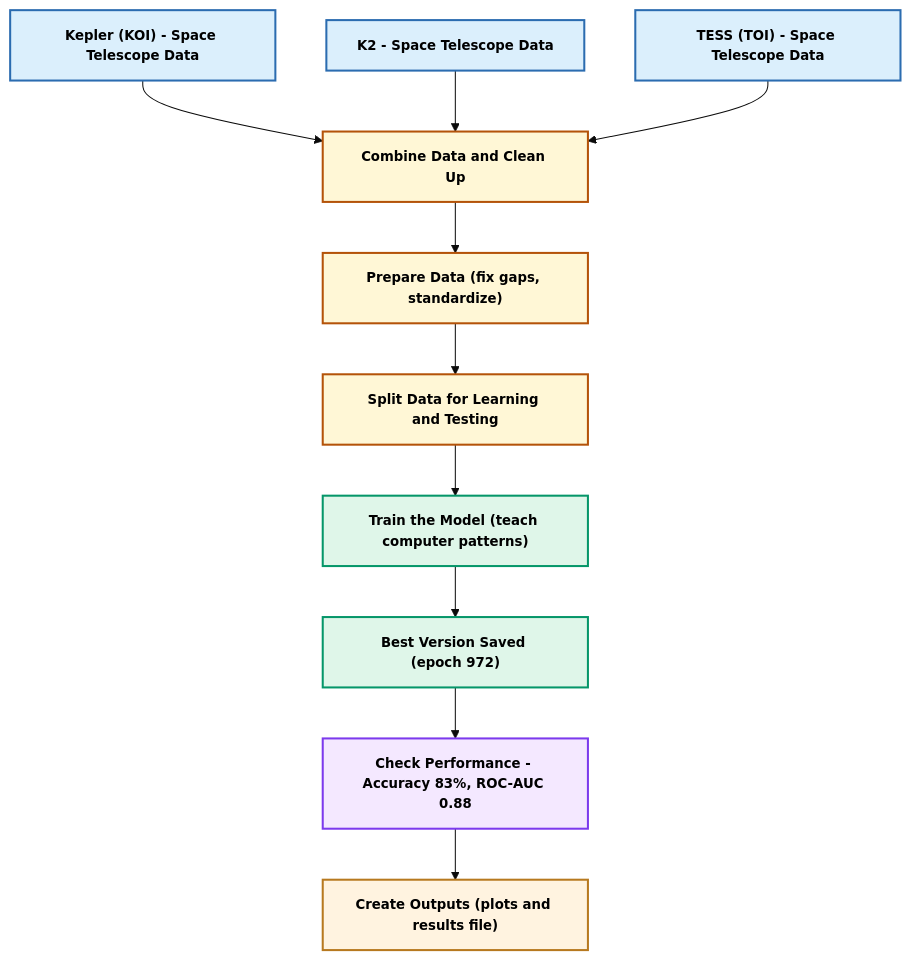
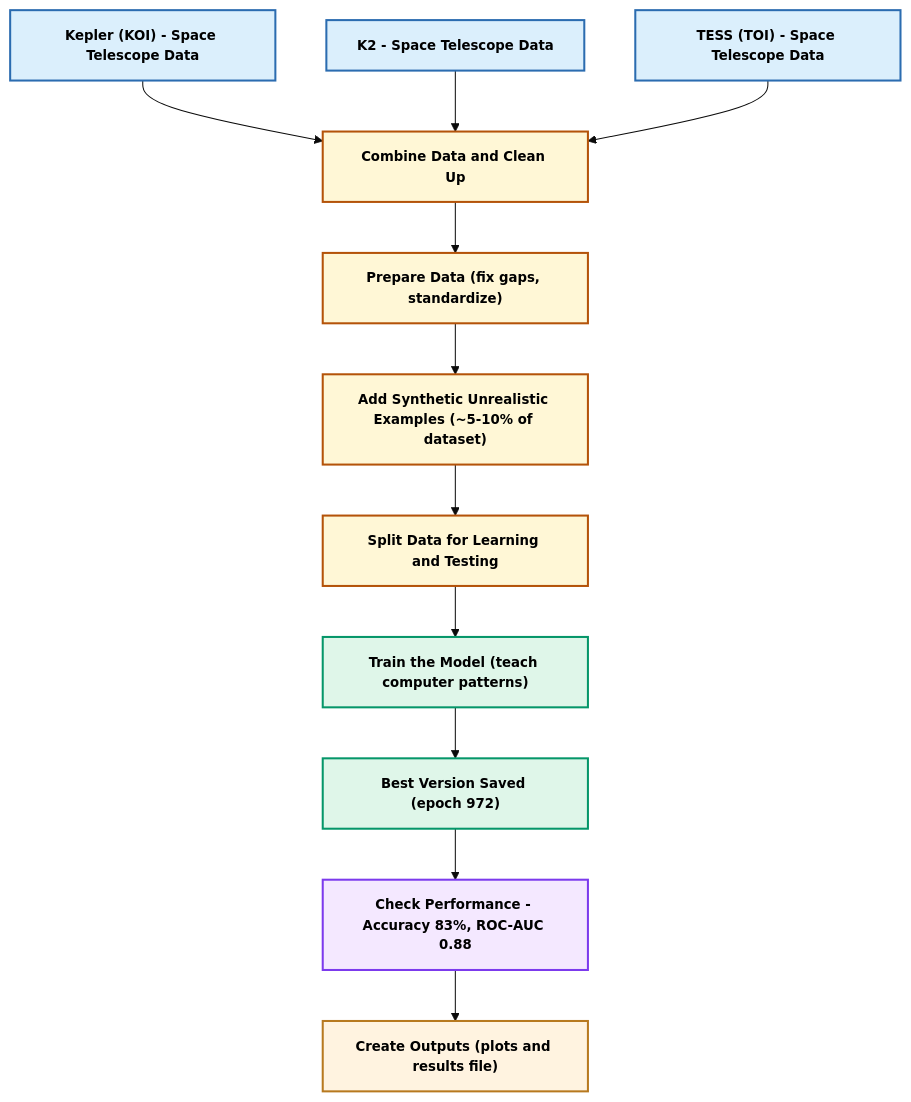
One commit to DeadUser123/Space-APPS-Hackathon changed the first of 2 diagrams in README.md. Above: the diagram before and after it, drawn with Mermaid (base theme).

````diff
--- a/README.md
+++ b/README.md
@@ -5,37 +5,38 @@
 ```mermaid
 flowchart TD
   %% Data
   KEP["Kepler (KOI) - Space Telescope Data"]
   K2["K2 - Space Telescope Data"]
   TESS["TESS (TOI) - Space Telescope Data"]
 
   MERGE["Combine Data and Clean Up"]
   FE["Prepare Data (fix gaps, standardize)"]
+  SYN["Add Synthetic Unrealistic Examples (~5-10% of dataset)"]
   SPLIT["Split Data for Learning and Testing"]
 
   TRAIN["Train the Model (teach computer patterns)"]
   CKPT["Best Version Saved (epoch 972)"]
   EVAL["Check Performance - Accuracy 83%, ROC-AUC 0.88"]
   ART["Create Outputs (plots and results file)"]
 
   %% Layout
   KEP --> MERGE
   K2  --> MERGE
   TESS --> MERGE
 
-  MERGE --> FE --> SPLIT
+  MERGE --> FE --> SYN --> SPLIT
   SPLIT --> TRAIN --> CKPT --> EVAL --> ART
 
   %% Classes
   classDef data fill:#dbeffc,stroke:#2b6cb0,stroke-width:2px,color:#000,font-size:13px,font-weight:600;
   classDef prep fill:#fff7d6,stroke:#b45309,stroke-width:2px,color:#000,font-size:13px,font-weight:600;
   classDef train fill:#dff6e9,stroke:#059669,stroke-width:2px,color:#000,font-size:13px,font-weight:600;
   classDef eval  fill:#f4e8ff,stroke:#7c3aed,stroke-width:2px,color:#000,font-size:13px,font-weight:600;
   classDef art   fill:#fff3e0,stroke:#b7791f,stroke-width:2px,color:#000,font-size:13px,font-weight:600;
 
   class KEP,K2,TESS data;
-  class MERGE,FE,SPLIT prep;
+  class MERGE,FE,SYN,SPLIT prep;
   class TRAIN,CKPT train;
   class EVAL eval;
   class ART art;
 ```
````
